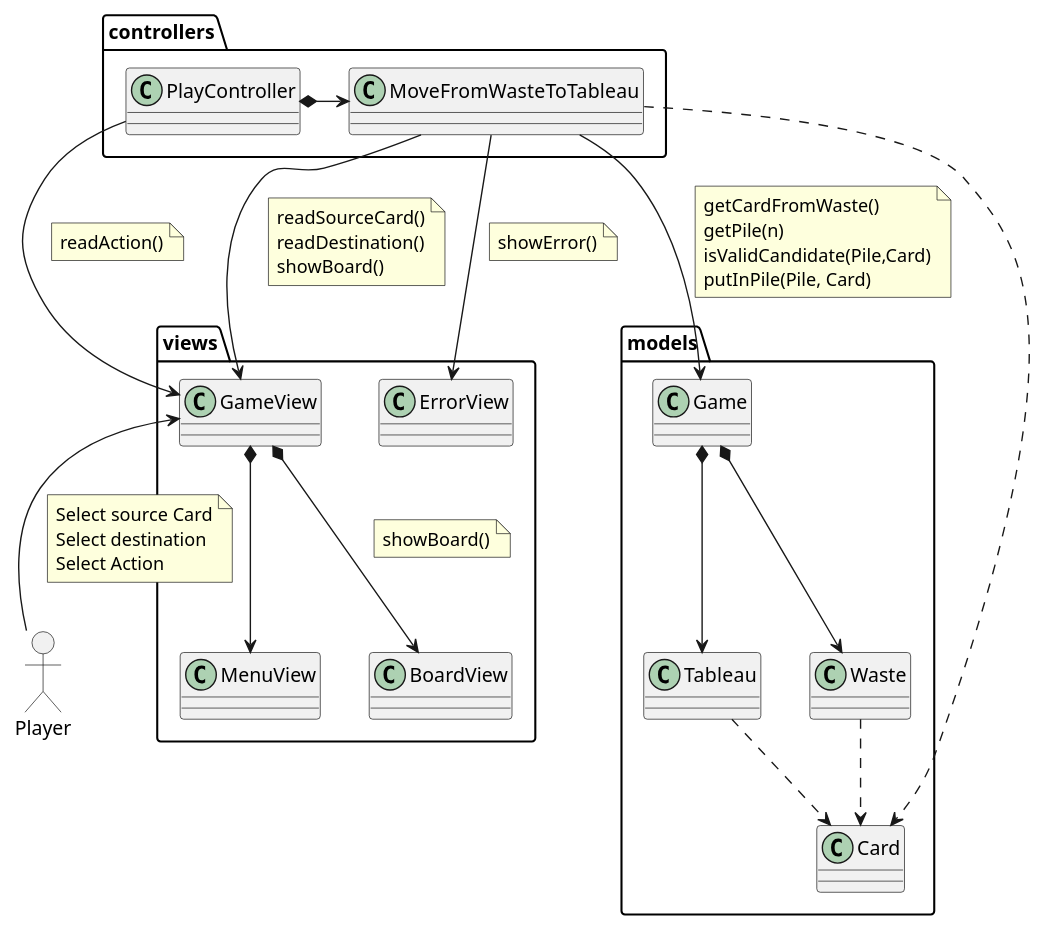
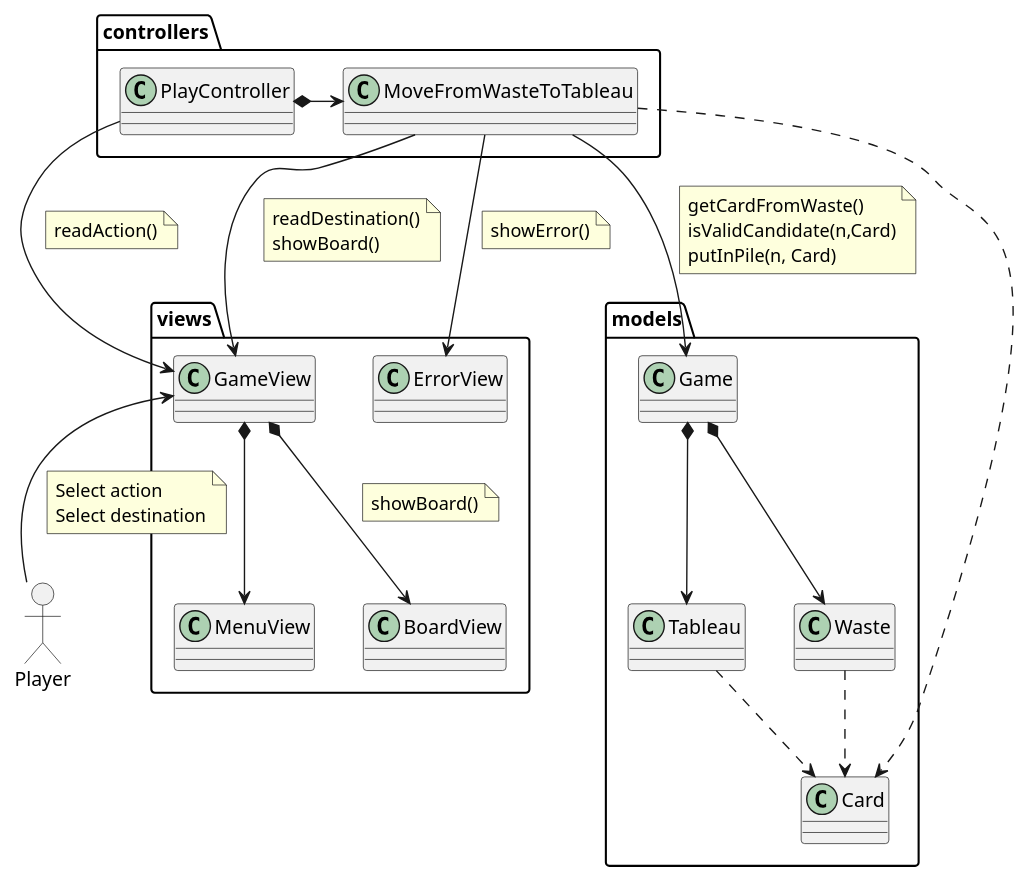
Before and after one commit to Troteaga/klondike: the diagram in docs/logicView/analysisView/useCaseAnalysis/MvFromWasteToTableau.puml, drawn with PlantUML. The commit also changed 3 other files, not shown here.

```diff
--- a/docs/logicView/analysisView/useCaseAnalysis/MvFromWasteToTableau.puml
+++ b/docs/logicView/analysisView/useCaseAnalysis/MvFromWasteToTableau.puml
@@ -1,52 +1,50 @@
 @startuml UCAnalysis_MoveFromWasteToTableau
 mix_actor Player
 
 package views {
     class MenuView
     class ErrorView
     class GameView
     class BoardView
 
     GameView *--> BoardView
     note on link: showBoard()
     
     GameView *--> MenuView
 }   
 
 package controllers {
     class PlayController
     class MoveFromWasteToTableau
     PlayController *-right-> MoveFromWasteToTableau
 }
 
 package models {
     class Game
     class Card
     class Tableau
     class Waste
     Tableau ..> Card
     Waste ..> Card
     Game *-->Waste
     Game *-->Tableau
 }
 
 
 Player -up-> GameView
-note on link: Select source Card\
-\nSelect destination\
-\nSelect Action
+note on link: Select action\
+\nSelect destination
 
 MoveFromWasteToTableau ..> Card
 PlayController --> GameView
 note on link: readAction()
 
 
 MoveFromWasteToTableau -down-> GameView
-note on link: readSourceCard()\nreadDestination()\nshowBoard()
+note on link: readDestination()\nshowBoard()
 MoveFromWasteToTableau -down-> Game
-note on link: getCardFromWaste()\ngetPile(n)\nisValidCandidate(Pile,Card)\nputInPile(Pile, Card)
-
+note on link: getCardFromWaste()\nisValidCandidate(n,Card)\nputInPile(n, Card)
 
 MoveFromWasteToTableau -down-> ErrorView
 note on link: showError()
 @enduml
```
